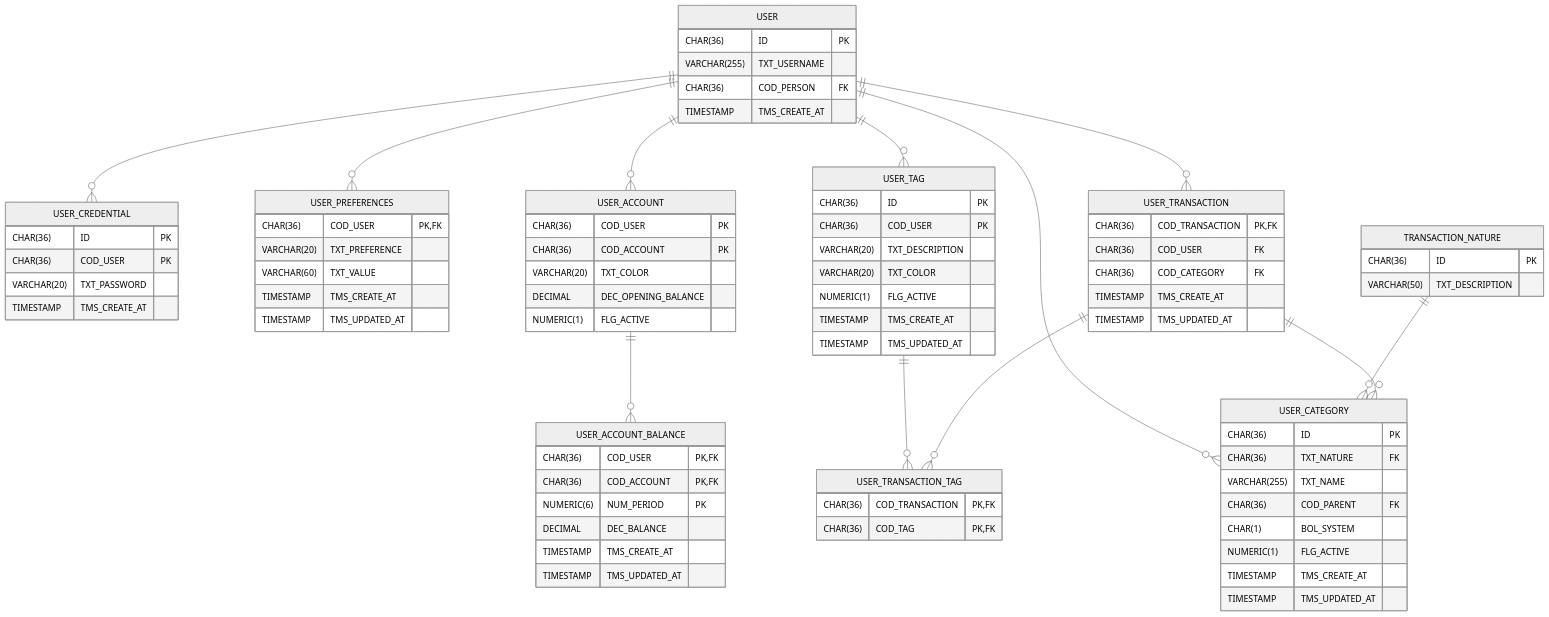
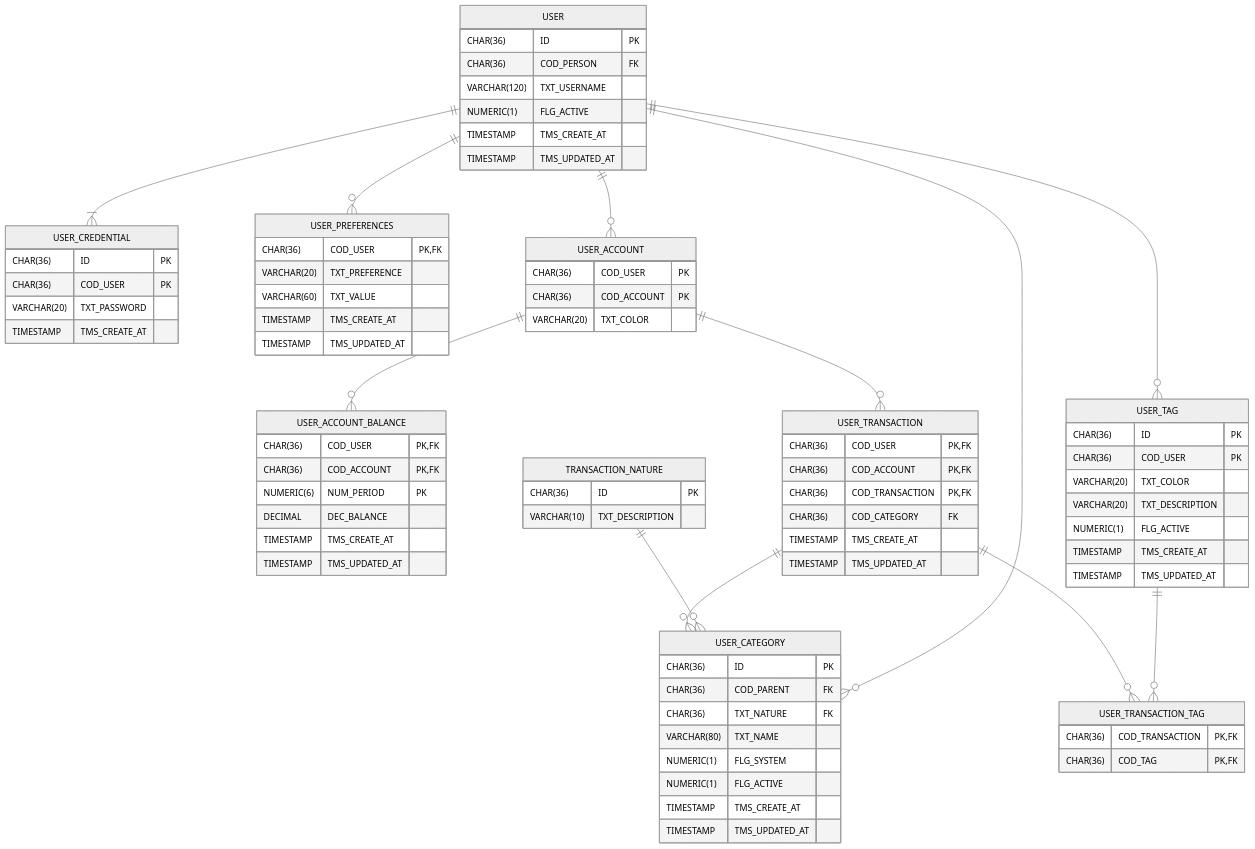
Before and after one commit to bkaraujo/cdb-judas: the diagram in docs/db-features.mermaid, drawn with Mermaid (neutral theme). The commit also changed 30 other files, not shown here.

First line of the commit message:
refactor(features): sync SEC_USER/USER_ACCOUNT/USER_CATEGORY/USER_TRANSACTION to db-features.mermaid

```diff
--- a/docs/db-features.mermaid
+++ b/docs/db-features.mermaid
@@ -1,96 +1,98 @@
  erDiagram
 
     USER {
         CHAR(36) ID PK
-        VARCHAR(255) TXT_USERNAME
         CHAR(36) COD_PERSON FK
+        VARCHAR(120) TXT_USERNAME
+        NUMERIC(1) FLG_ACTIVE
         TIMESTAMP TMS_CREATE_AT
+        TIMESTAMP TMS_UPDATED_AT
     }
 
 %% Last 5 user's password
     USER_CREDENTIAL {
         CHAR(36) ID PK
         CHAR(36) COD_USER PK
         VARCHAR(20) TXT_PASSWORD
         TIMESTAMP TMS_CREATE_AT
     }
 
-    USER ||--o{ USER_CREDENTIAL : ""
+    USER ||--|{ USER_CREDENTIAL : ""
 
-%% TXT_MODE (Dark, Light)
     USER_PREFERENCES {
         CHAR(36) COD_USER PK, FK
         VARCHAR(20) TXT_PREFERENCE
         VARCHAR(60) TXT_VALUE
         TIMESTAMP TMS_CREATE_AT
         TIMESTAMP TMS_UPDATED_AT
     }
     USER ||--o{ USER_PREFERENCES : ""
 
     USER_ACCOUNT {
         CHAR(36) COD_USER PK
         CHAR(36) COD_ACCOUNT PK
         VARCHAR(20) TXT_COLOR
-        DECIMAL DEC_OPENING_BALANCE
-        NUMERIC(1) FLG_ACTIVE
     }
 
     USER ||--o{ USER_ACCOUNT : ""
 
     USER_ACCOUNT_BALANCE {
         CHAR(36) COD_USER PK, FK
         CHAR(36) COD_ACCOUNT PK, FK
         NUMERIC(6) NUM_PERIOD PK
         DECIMAL DEC_BALANCE
         TIMESTAMP TMS_CREATE_AT
         TIMESTAMP TMS_UPDATED_AT
     }
 
     USER_ACCOUNT ||--o{ USER_ACCOUNT_BALANCE : ""
 
     USER_TAG {
         CHAR(36) ID PK
         CHAR(36) COD_USER PK
+        VARCHAR(20) TXT_COLOR
         VARCHAR(20) TXT_DESCRIPTION
-        VARCHAR(20) TXT_COLOR
         NUMERIC(1) FLG_ACTIVE
         TIMESTAMP TMS_CREATE_AT
         TIMESTAMP TMS_UPDATED_AT
     }
     USER ||--o{ USER_TAG : ""
 
 %% EXPENSE, INCOME
     TRANSACTION_NATURE {
         CHAR(36) ID PK
-        VARCHAR(50) TXT_DESCRIPTION
+        VARCHAR(10) TXT_DESCRIPTION
     }
 
     USER_CATEGORY {
         CHAR(36) ID PK
+        CHAR(36) COD_PARENT FK
         CHAR(36) TXT_NATURE FK
-        VARCHAR(255) TXT_NAME
-        CHAR(36) COD_PARENT FK
-        CHAR(1) BOL_SYSTEM
+        VARCHAR(80) TXT_NAME
+        NUMERIC(1) FLG_SYSTEM
         NUMERIC(1) FLG_ACTIVE
         TIMESTAMP TMS_CREATE_AT
         TIMESTAMP TMS_UPDATED_AT
     }
+
     USER ||--o{ USER_CATEGORY : ""
     TRANSACTION_NATURE ||--o{ USER_CATEGORY : ""
 
     USER_TRANSACTION {
+        CHAR(36) COD_USER PK, FK
+        CHAR(36) COD_ACCOUNT PK, FK
         CHAR(36) COD_TRANSACTION PK, FK
-        CHAR(36) COD_USER FK
         CHAR(36) COD_CATEGORY FK
         TIMESTAMP TMS_CREATE_AT
         TIMESTAMP TMS_UPDATED_AT
     }
-    USER ||--o{ USER_TRANSACTION : ""
-    USER_TRANSACTION ||--o{ USER_CATEGORY : ""
+
+     USER_ACCOUNT ||--o{ USER_TRANSACTION: ""
+     USER_TRANSACTION ||--o{ USER_CATEGORY : ""
 
     USER_TRANSACTION_TAG {
         CHAR(36) COD_TRANSACTION PK, FK
         CHAR(36) COD_TAG PK, FK
     }
     USER_TAG ||--o{ USER_TRANSACTION_TAG : ""
     USER_TRANSACTION ||--o{ USER_TRANSACTION_TAG : ""
```
